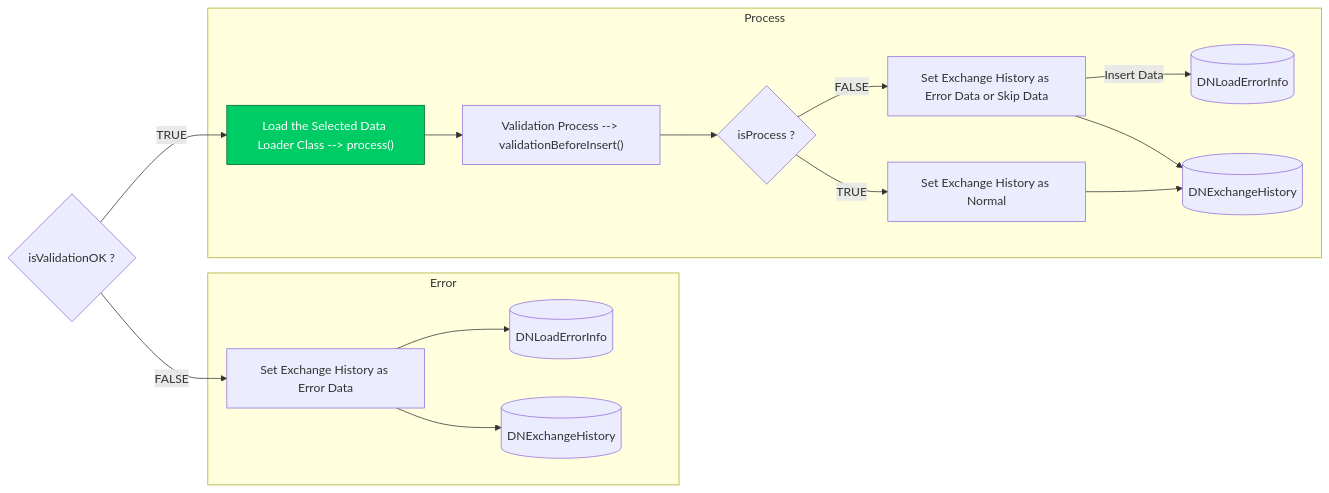
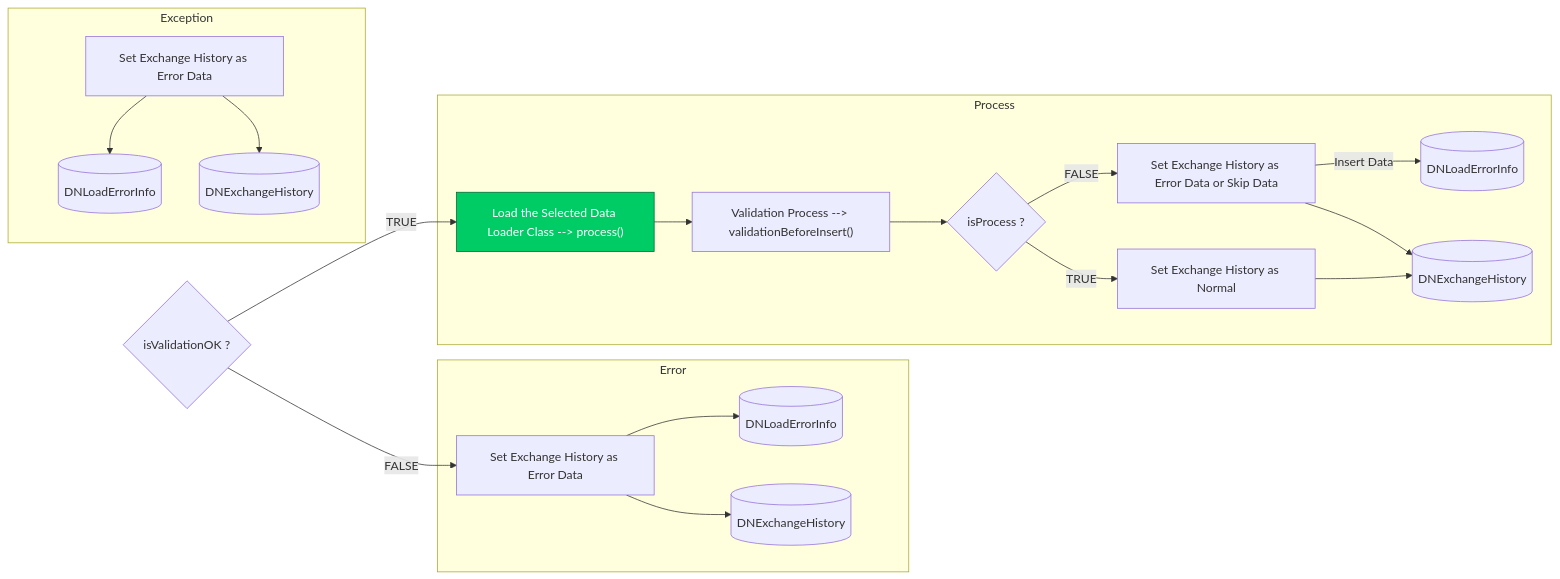
Before and after one commit to luthfiadityaa/SimeDarby-Wiki: the ninth of 9 diagrams in Basic-Design/Host-Interfaces.md, drawn with Mermaid.

Commit message:
Updated Host Interfaces

```diff
--- a/Basic-Design/Host-Interfaces.md
+++ b/Basic-Design/Host-Interfaces.md
@@ -712,31 +712,39 @@
 ::: mermaid
 flowchart LR
 Cond1{"isValidationOK ?"}
 Cond1 --> |TRUE| B2
 Cond1 --> |FALSE| C2
 
 subgraph Error
  C2 --> C3 
  C2 --> C4
  C4[(DNExchangeHistory)]
  C3[(DNLoadErrorInfo)]
  C2["Set Exchange History as Error Data"] 
 end
 
 subgraph Process
  B2 --> B3 --> Cond2
  Cond2{"isProcess ?"}
  B2["Load the Selected Data Loader Class --> process()"]
  B3["Validation Process --> validationBeforeInsert()"]
  B4["Set Exchange History as Error Data or Skip Data"]
  B5["Set Exchange History as Normal"]
  B6[(DNLoadErrorInfo)]
  B7[(DNExchangeHistory)]
  Cond2 --> |FALSE| B4 --> |Insert Data| B6
  B4 --> B7
  Cond2 --> |TRUE| B5 --> B7
 end 
 
+subgraph Exception
+ D2 --> D3 
+ D2 --> D4
+ D4[(DNExchangeHistory)]
+ D3[(DNLoadErrorInfo)]
+ D2["Set Exchange History as Error Data"] 
+end
+
 click B2 "https://dev.azure.com/Daifuku-SW/ID_SimeDarbyPlantation/_wiki/wikis/ID_SimeDarbyPlantation.wiki/833/Host-Interfaces?anchor=stage-3"
 style B2 fill:#00cc66,stroke:#006633,color:#ffffff
 :::
```
